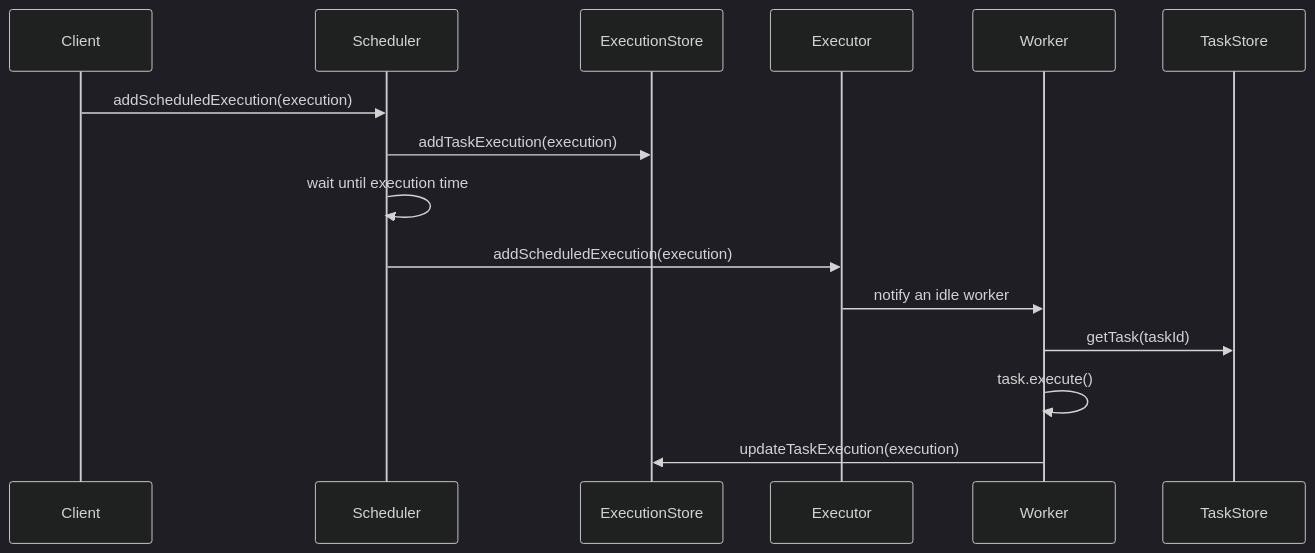
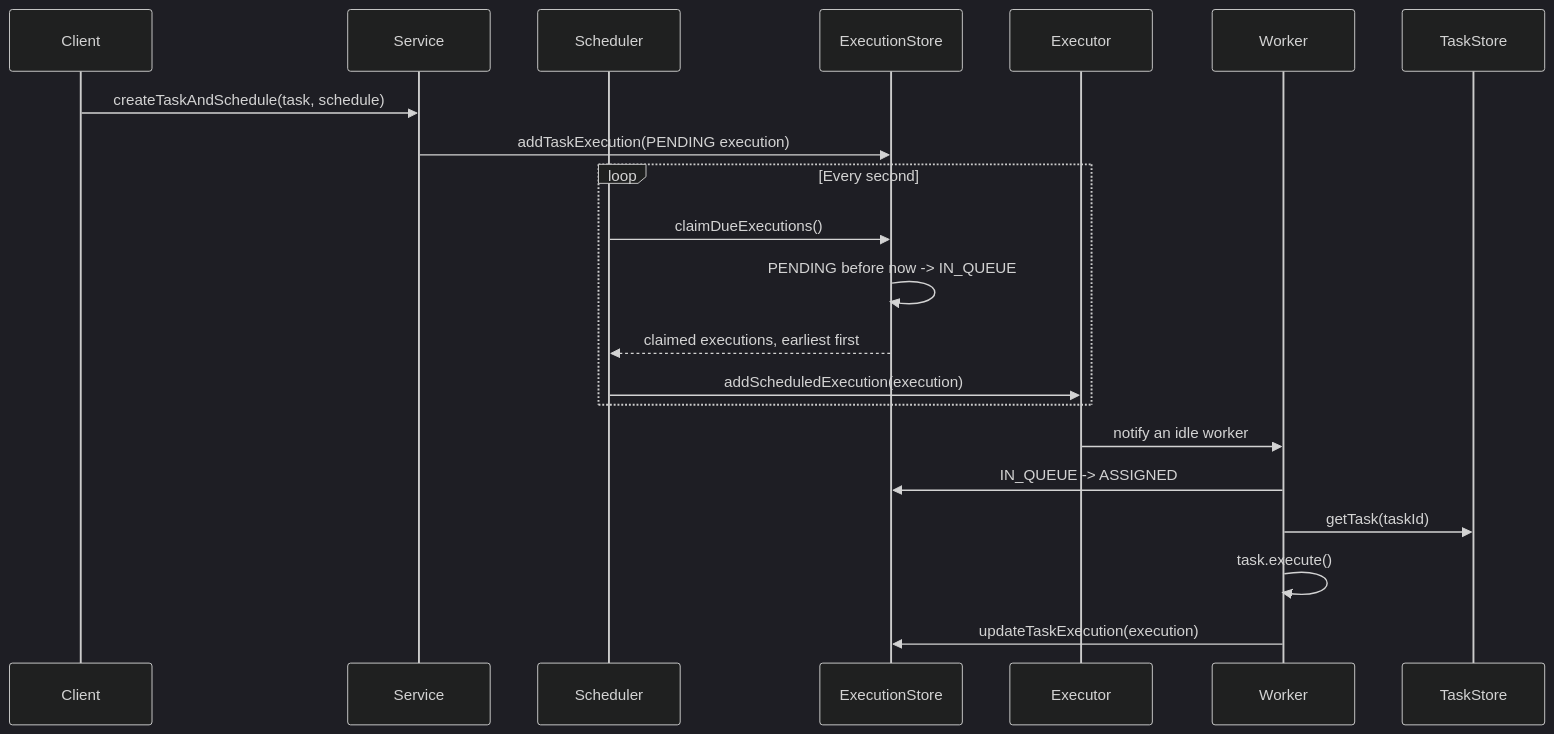
The diagram in backend/scheduler-core/README.md (nayanjain20/Task-Scheduler), drawn with Mermaid (dark theme) before and after one commit. The commit also changed other lines of this file and 28 other files, not shown here.

First line of the commit message:
Move scheduler polling into execution stores

````diff
--- a/backend/scheduler-core/README.md
+++ b/backend/scheduler-core/README.md
@@ -29,18 +29,24 @@
 ```mermaid
 sequenceDiagram
     participant Client
+    participant Service
     participant Scheduler
     participant ExecutionStore
     participant Executor
     participant Worker
     participant TaskStore
 
-    Client->>Scheduler: addScheduledExecution(execution)
-    Scheduler->>ExecutionStore: addTaskExecution(execution)
-    Scheduler->>Scheduler: wait until execution time
-    Scheduler->>Executor: addScheduledExecution(execution)
+    Client->>Service: createTaskAndSchedule(task, schedule)
+    Service->>ExecutionStore: addTaskExecution(PENDING execution)
+    loop Every second
+        Scheduler->>ExecutionStore: claimDueExecutions()
+        ExecutionStore->>ExecutionStore: PENDING before now -> IN_QUEUE
+        ExecutionStore-->>Scheduler: claimed executions, earliest first
+        Scheduler->>Executor: addScheduledExecution(execution)
+    end
     Executor->>Worker: notify an idle worker
+    Worker->>ExecutionStore: IN_QUEUE -> ASSIGNED
     Worker->>TaskStore: getTask(taskId)
     Worker->>Worker: task.execute()
     Worker->>ExecutionStore: updateTaskExecution(execution)
 ```
````
